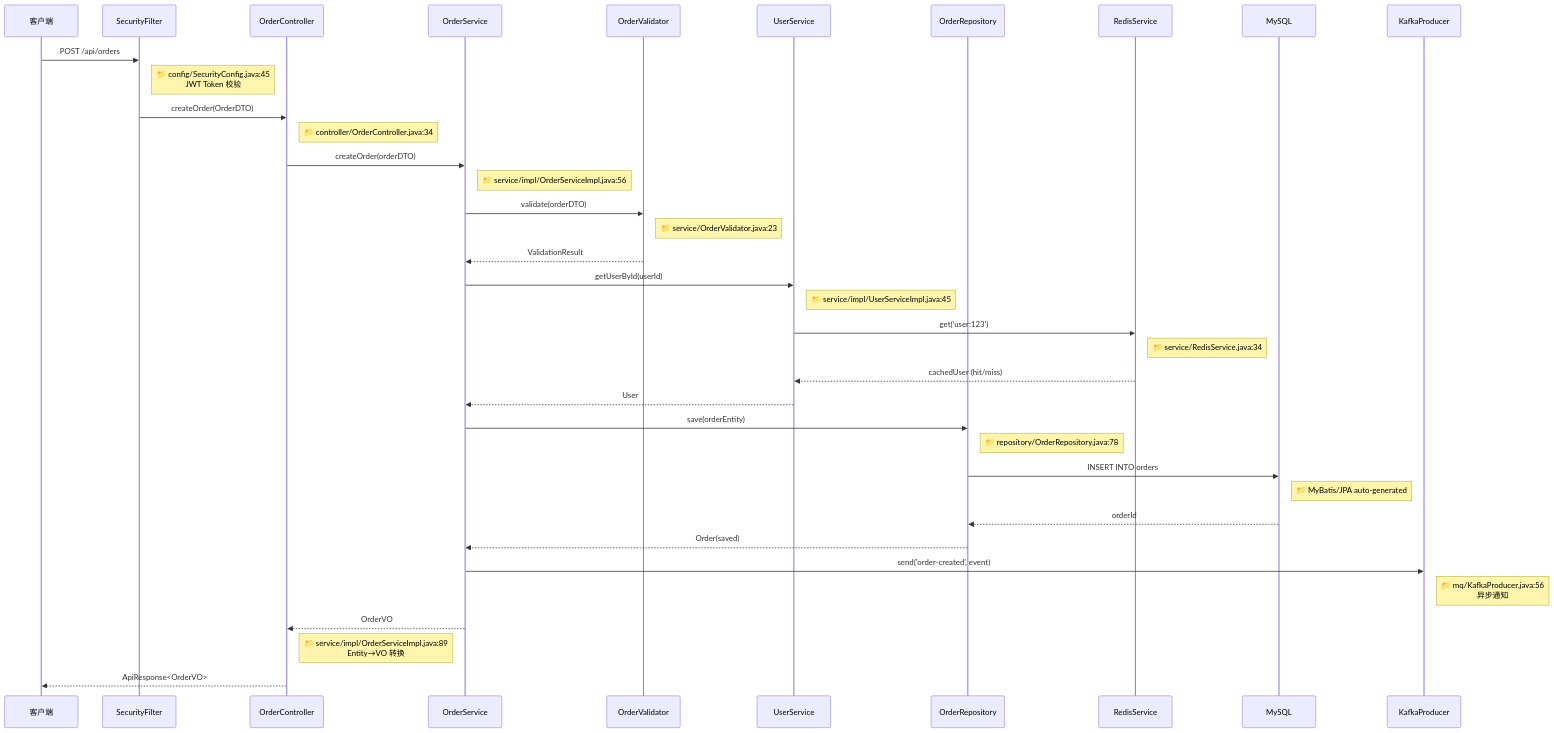
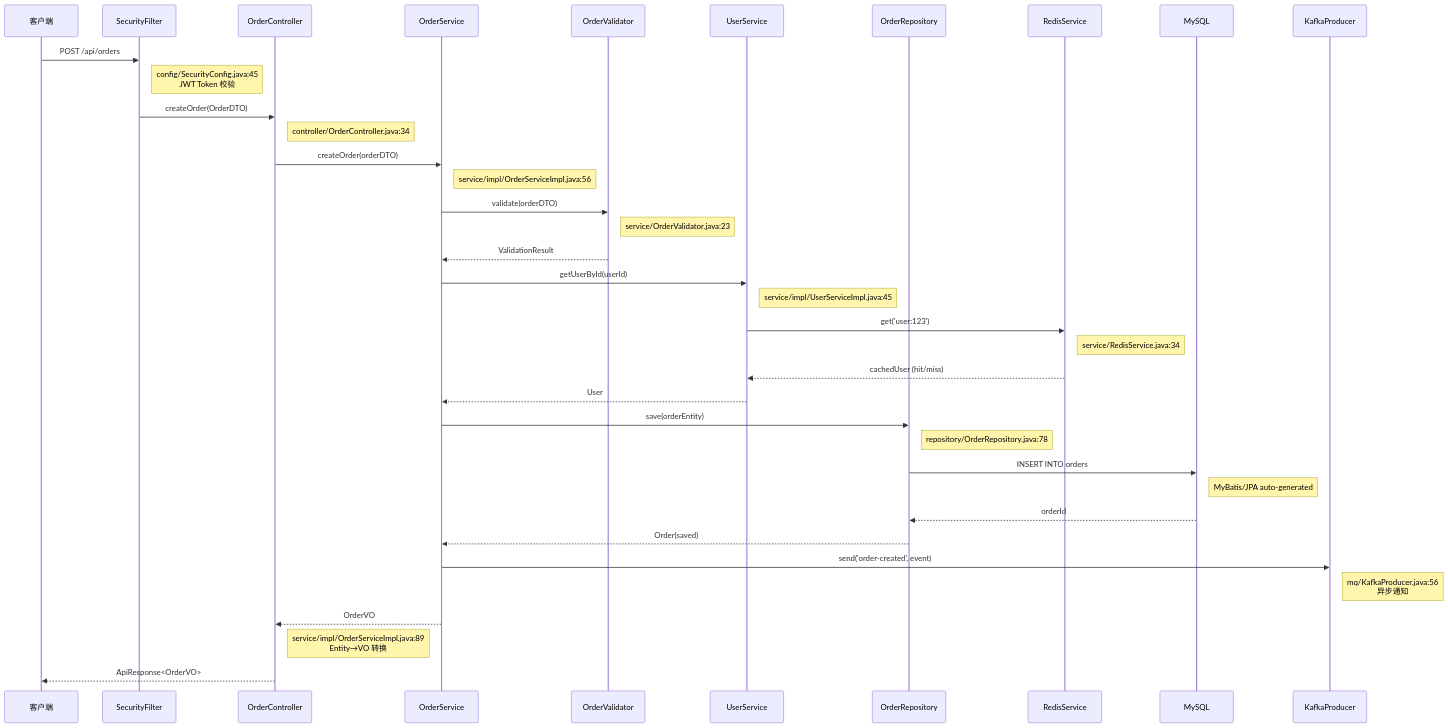
One commit to CaostGrace/project-arch-reverse changed the fourth of 6 diagrams in references/java-backend-template.md. Above: the diagram before and after it, drawn with Mermaid. The commit also changed other lines of this file and 10 other files, not shown here.

Commit message:
fix: 修复 12.1 流程图 Mermaid 渲染问题 - 结构重组+节点引号+形状修复

````diff
--- a/references/java-backend-template.md
+++ b/references/java-backend-template.md
@@ -233,40 +245,40 @@
 ```mermaid
 sequenceDiagram
     participant Client as 客户端
     participant Filter as SecurityFilter
     participant Ctrl as OrderController
     participant Svc as OrderService
     participant Validate as OrderValidator
     participant UserSvc as UserService
     participant Repo as OrderRepository
     participant Cache as RedisService
     participant DB as MySQL
     participant MQ as KafkaProducer
 
     Client->>Filter: POST /api/orders
-    Note right of Filter: 📁 config/SecurityConfig.java:45<br/>JWT Token 校验
+    Note right of Filter:  config/SecurityConfig.java:45<br>JWT Token 校验
     Filter->>Ctrl: createOrder(OrderDTO)
-    Note right of Ctrl: 📁 controller/OrderController.java:34
+    Note right of Ctrl:  controller/OrderController.java:34
     Ctrl->>Svc: createOrder(orderDTO)
-    Note right of Svc: 📁 service/impl/OrderServiceImpl.java:56
+    Note right of Svc:  service/impl/OrderServiceImpl.java:56
     Svc->>Validate: validate(orderDTO)
-    Note right of Validate: 📁 service/OrderValidator.java:23
+    Note right of Validate:  service/OrderValidator.java:23
     Validate-->>Svc: ValidationResult
     Svc->>UserSvc: getUserById(userId)
-    Note right of UserSvc: 📁 service/impl/UserServiceImpl.java:45
+    Note right of UserSvc:  service/impl/UserServiceImpl.java:45
     UserSvc->>Cache: get('user:123')
-    Note right of Cache: 📁 service/RedisService.java:34
+    Note right of Cache:  service/RedisService.java:34
     Cache-->>UserSvc: cachedUser (hit/miss)
     UserSvc-->>Svc: User
     Svc->>Repo: save(orderEntity)
-    Note right of Repo: 📁 repository/OrderRepository.java:78
+    Note right of Repo:  repository/OrderRepository.java:78
     Repo->>DB: INSERT INTO orders
-    Note right of DB: 📁 MyBatis/JPA auto-generated
+    Note right of DB:  MyBatis/JPA auto-generated
     DB-->>Repo: orderId
     Repo-->>Svc: Order(saved)
     Svc->>MQ: send('order-created', event)
-    Note right of MQ: 📁 mq/KafkaProducer.java:56<br/>异步通知
+    Note right of MQ:  mq/KafkaProducer.java:56<br>异步通知
     Svc-->>Ctrl: OrderVO
-    Note left of Svc: 📁 service/impl/OrderServiceImpl.java:89<br/>Entity→VO 转换
+    Note left of Svc:  service/impl/OrderServiceImpl.java:89<br>Entity→VO 转换
     Ctrl-->>Client: ApiResponse<OrderVO>
 ```
````
